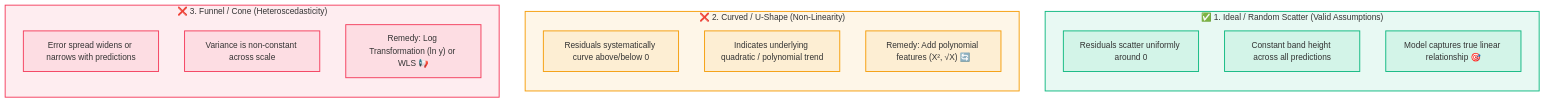
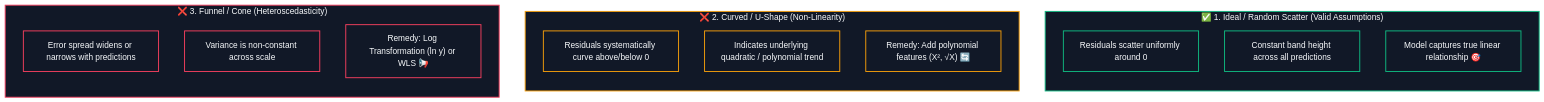
The first of 3 diagrams in CS/AI & ML/01. Classical ML/06. Linear Regression Assumptions.md (abhinavbharti2345/CS_Notes), drawn with Mermaid before and after one commit. The commit also changed other lines of this file and 195 other files, not shown here.

````diff
--- a/CS/AI & ML/01. Classical ML/06. Linear Regression Assumptions.md
+++ b/CS/AI & ML/01. Classical ML/06. Linear Regression Assumptions.md
@@ -47,31 +47,32 @@
 ```mermaid
+%%{init: {'theme': 'base', 'themeVariables': { 'darkMode': true, 'background': '#0B0F14', 'mainBkg': '#111827', 'primaryColor': '#111827', 'primaryTextColor': '#F8FAFC', 'primaryBorderColor': '#38BDF8', 'lineColor': '#64748B', 'secondaryColor': '#0B0F14', 'tertiaryColor': '#0B0F14', 'clusterBkg': '#0B0F14', 'clusterBorder': '#38BDF8' }}}%%
 flowchart TD
     subgraph Ideal ["✅ 1. Ideal / Random Scatter (Valid Assumptions)"]
         direction TB
         I1["Residuals scatter uniformly around 0"]
         I2["Constant band height across all predictions"]
         I3["Model captures true linear relationship 🎯"]
     end
 
     subgraph NonLinear ["❌ 2. Curved / U-Shape (Non-Linearity)"]
         direction TB
         N1["Residuals systematically curve above/below 0"]
         N2["Indicates underlying quadratic / polynomial trend"]
         N3["Remedy: Add polynomial features (X², √X) 🔄"]
     end
 
     subgraph Hetero ["❌ 3. Funnel / Cone (Heteroscedasticity)"]
         direction TB
         H1["Error spread widens or narrows with predictions"]
         H2["Variance is non-constant across scale"]
         H3["Remedy: Log Transformation (ln y) or WLS 📢"]
     end
 
-    classDef ideal fill:#10b98118,stroke:#10b981,stroke-width:1.8px;
-    classDef warn fill:#f59e0b18,stroke:#f59e0b,stroke-width:1.8px;
-    classDef danger fill:#f43f5e18,stroke:#f43f5e,stroke-width:1.8px;
+    classDef ideal fill:#111827,stroke:#10b981,stroke-width:1.8px,color:#F8FAFC;
+    classDef warn fill:#111827,stroke:#f59e0b,stroke-width:1.8px,color:#F8FAFC;
+    classDef danger fill:#111827,stroke:#f43f5e,stroke-width:1.8px,color:#F8FAFC;
 
     class Ideal,I1,I2,I3 ideal;
     class NonLinear,N1,N2,N3 warn;
     class Hetero,H1,H2,H3 danger;
 ```
````
